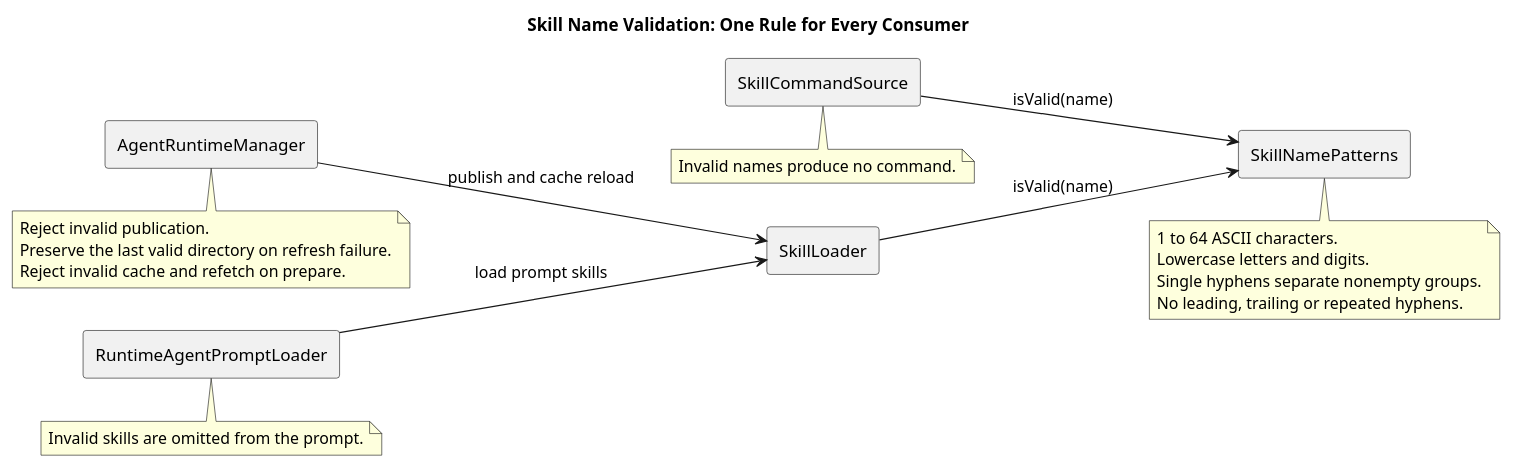
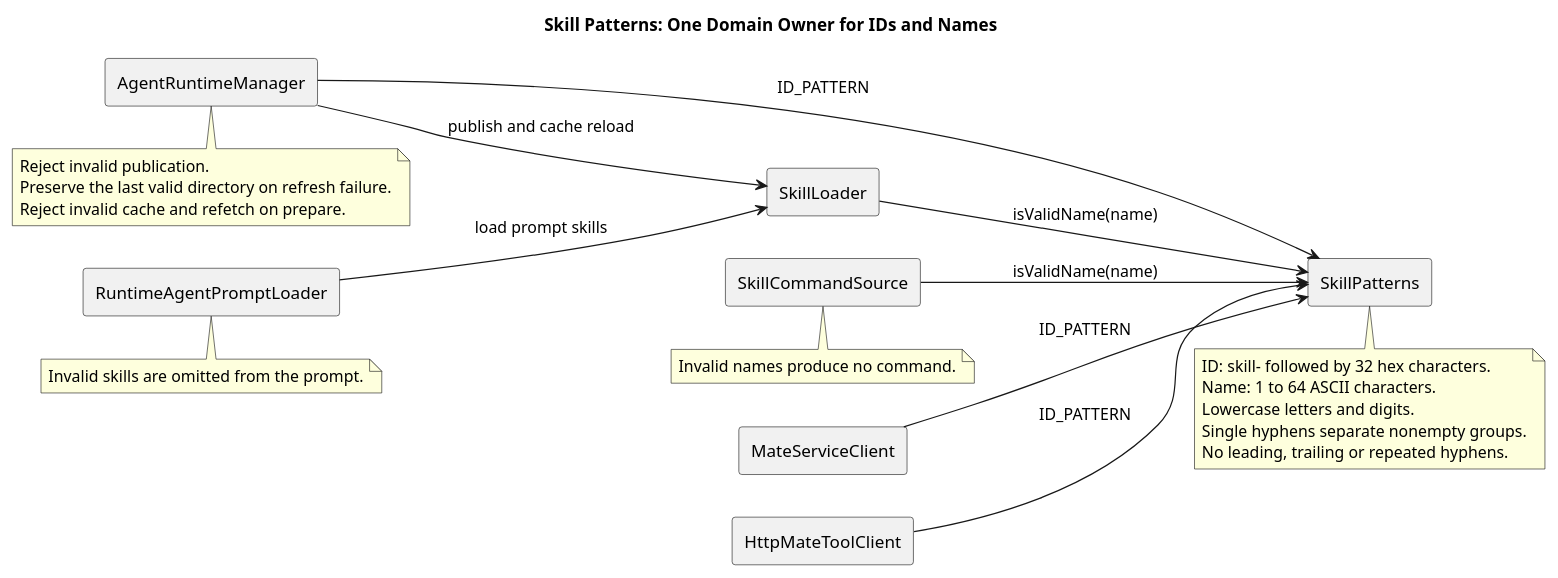
The diagram in docs/designs/skill-name-validation/diagram.puml (2862282695gjh-afk/pi-mono-java), drawn with PlantUML before and after one commit. The commit also changed 19 other files, not shown here.

```diff
--- a/docs/designs/skill-name-validation/diagram.puml
+++ b/docs/designs/skill-name-validation/diagram.puml
@@ -1,41 +1,52 @@
 @startuml skill_name_validation
-title Skill Name Validation: One Rule for Every Consumer
+title Skill Patterns: One Domain Owner for IDs and Names
 ' Source baseline: pi-mono-java@2c2092f2fa764a7aa7b47da841299f8866d7a151.
 ' Source evidence: modules/coding-agent-cli/src/main/java/com/campusclaw/codingagent/skill/SkillLoader.java validateName, loadFromFile.
 ' Source evidence: modules/coding-agent-cli/src/main/java/com/campusclaw/codingagent/skill/SkillNamePatterns.java LEGACY_REGEX, STRICT_REGEX.
 ' Source evidence: modules/coding-agent-cli/src/main/java/com/campusclaw/codingagent/runtime/AgentRuntimeManager.java requireSessionLoadable, writeSkills, loadSkill.
 ' Source evidence: modules/coding-agent-cli/src/main/java/com/campusclaw/codingagent/runtimeapi/agent/RuntimeAgentPromptLoader.java loadSkill.
 ' Source evidence: modules/coding-agent-cli/src/main/java/com/campusclaw/codingagent/runtimeapi/service/command/SkillCommandSource.java resolved.
 ' Observed behavior: the baseline loads names with invalid hyphens but excludes them from command discovery.
-' Target product constraint: remove invalid-name compatibility; NAME_REGEX, NAME_PATTERN and isValid are introduced by this fix.
+' Follow-up baseline: pi-mono-java@cf4f929af2d407d3673bfabac0c311831fb570c7.
+' Source evidence: modules/coding-agent-cli/src/main/java/com/campusclaw/codingagent/common/identifier/ResourceIdentifierPatterns.java SKILL_ID_REGEX, SKILL_ID_PATTERN.
+' Source evidence: modules/coding-agent-cli/src/main/java/com/campusclaw/codingagent/runtime/MateServiceClient.java querySkillInfo.
+' Source evidence: modules/coding-agent-cli/src/main/java/com/campusclaw/codingagent/common/client/HttpMateToolClient.java listSkillTools.
+' Architecture change: move Skill ID and name definitions into skill/SkillPatterns; remove old definitions and aliases.
+' Target product constraint: remove invalid-name compatibility; SkillPatterns owns NAME_REGEX, NAME_PATTERN and isValidName.
 ' Design reason: one accepted name set prevents inconsistent loading and discovery without renaming resource identities.
 skinparam shadowing false
 skinparam componentStyle rectangle
 left to right direction
 component AgentRuntimeManager as Runtime
 component RuntimeAgentPromptLoader as Prompt
 component SkillLoader as Loader
 component SkillCommandSource as Commands
-component SkillNamePatterns as Names
+component SkillPatterns as Patterns
+component MateServiceClient as MetadataClient
+component HttpMateToolClient as ToolClient
 Runtime --> Loader : publish and cache reload
 Prompt --> Loader : load prompt skills
-Loader --> Names : isValid(name)
-Commands --> Names : isValid(name)
-note bottom of Names
-1 to 64 ASCII characters.
+Loader --> Patterns : isValidName(name)
+Commands --> Patterns : isValidName(name)
+Runtime --> Patterns : ID_PATTERN
+MetadataClient --> Patterns : ID_PATTERN
+ToolClient --> Patterns : ID_PATTERN
+note bottom of Patterns
+ID: skill- followed by 32 hex characters.
+Name: 1 to 64 ASCII characters.
 Lowercase letters and digits.
 Single hyphens separate nonempty groups.
 No leading, trailing or repeated hyphens.
 end note
 note bottom of Runtime
 Reject invalid publication.
 Preserve the last valid directory on refresh failure.
 Reject invalid cache and refetch on prepare.
 end note
 note bottom of Prompt
 Invalid skills are omitted from the prompt.
 end note
 note bottom of Commands
 Invalid names produce no command.
 end note
 @enduml
```
